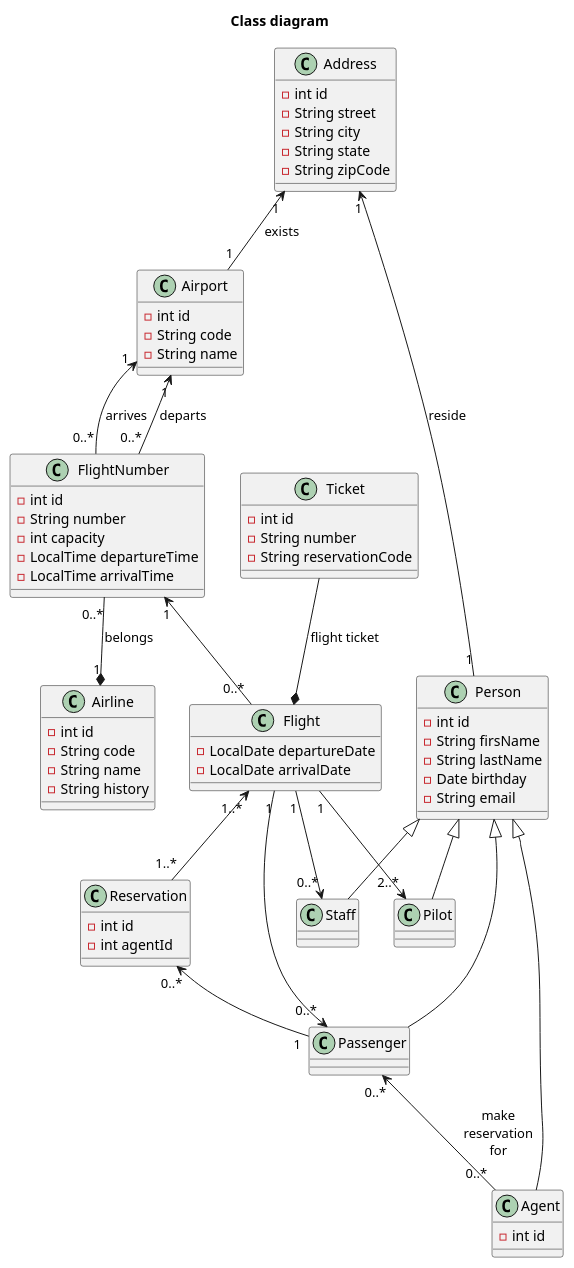
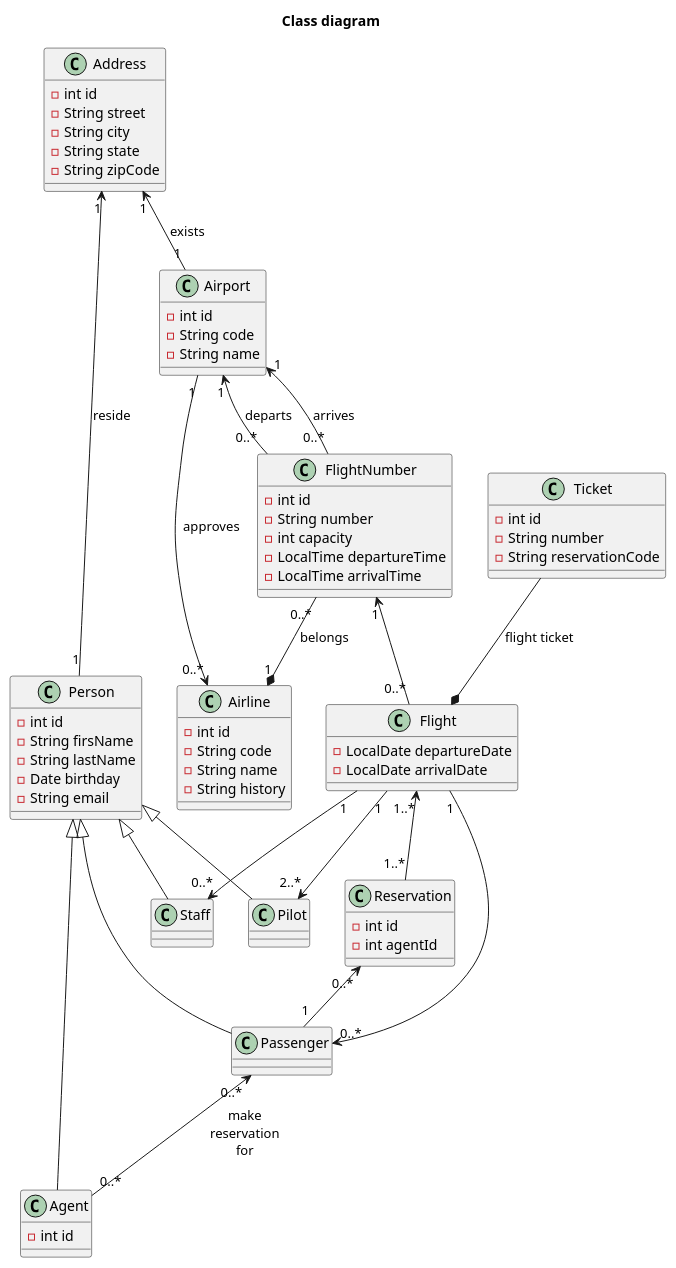
One commit to Ochirgarid/mpp-project changed the diagram in diagrams/plantuml/1-class-diagram.md. Above: the diagram before and after it, drawn with PlantUML. The commit also changed 11 other files, not shown here.

Commit message:
diagrams updated

```diff
--- a/diagrams/plantuml/1-class-diagram.md
+++ b/diagrams/plantuml/1-class-diagram.md
@@ -75,6 +75,8 @@
 Airport "1" <-- "0..*" FlightNumber : arrives
 Airport "1" <-- "0..*" FlightNumber : departs
 
+Airport "1" --> "0..*" Airline : approves
+
 Address "1" <-- "1" Airport : exists
 Address "1" <-- "1" Person : reside
 
```
